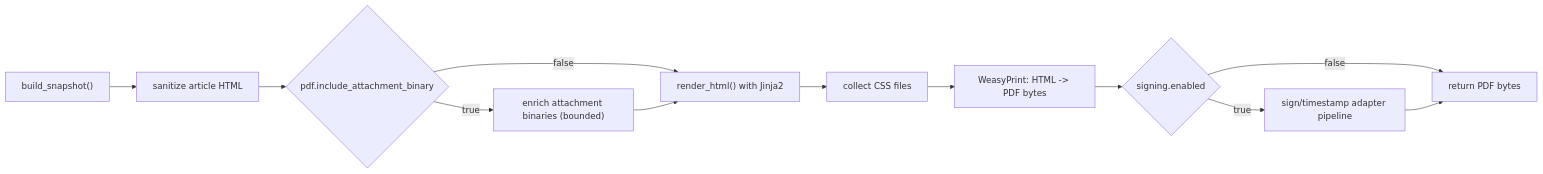
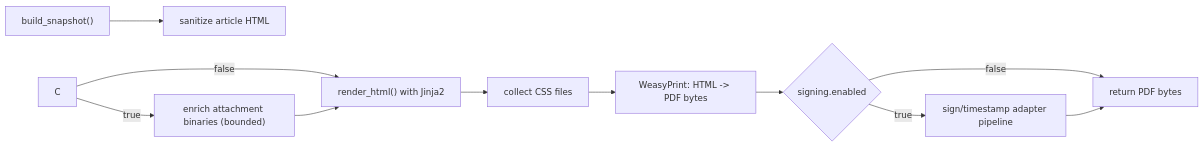
Before and after one commit to sebastianspicker/chronikwerk: the diagram in docs/05-pdf-rendering.md, drawn with Mermaid. The commit also changed other lines of this file and 360 other files, not shown here.

````diff
--- a/docs/05-pdf-rendering.md
+++ b/docs/05-pdf-rendering.md
@@ -7,14 +7,13 @@
 ```mermaid
 flowchart LR
   A["build_snapshot()"] --> B["sanitize article HTML"]
-  B --> C{"pdf.include_attachment_binary"}
   C -->|"false"| D["render_html() with Jinja2"]
   C -->|"true"| E["enrich attachment binaries (bounded)"]
   E --> D
   D --> F["collect CSS files"]
   F --> G["WeasyPrint: HTML -> PDF bytes"]
   G --> H{"signing.enabled"}
   H -->|"false"| I["return PDF bytes"]
   H -->|"true"| J["sign/timestamp adapter pipeline"]
   J --> I
 ```
````
